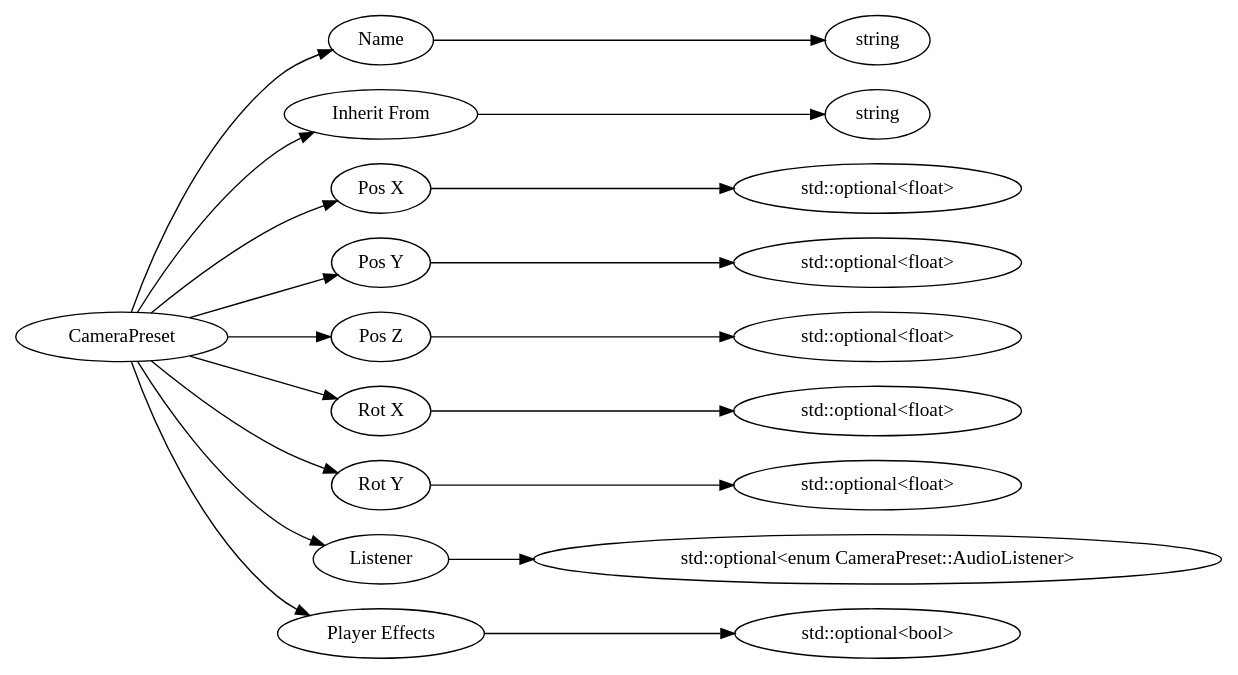
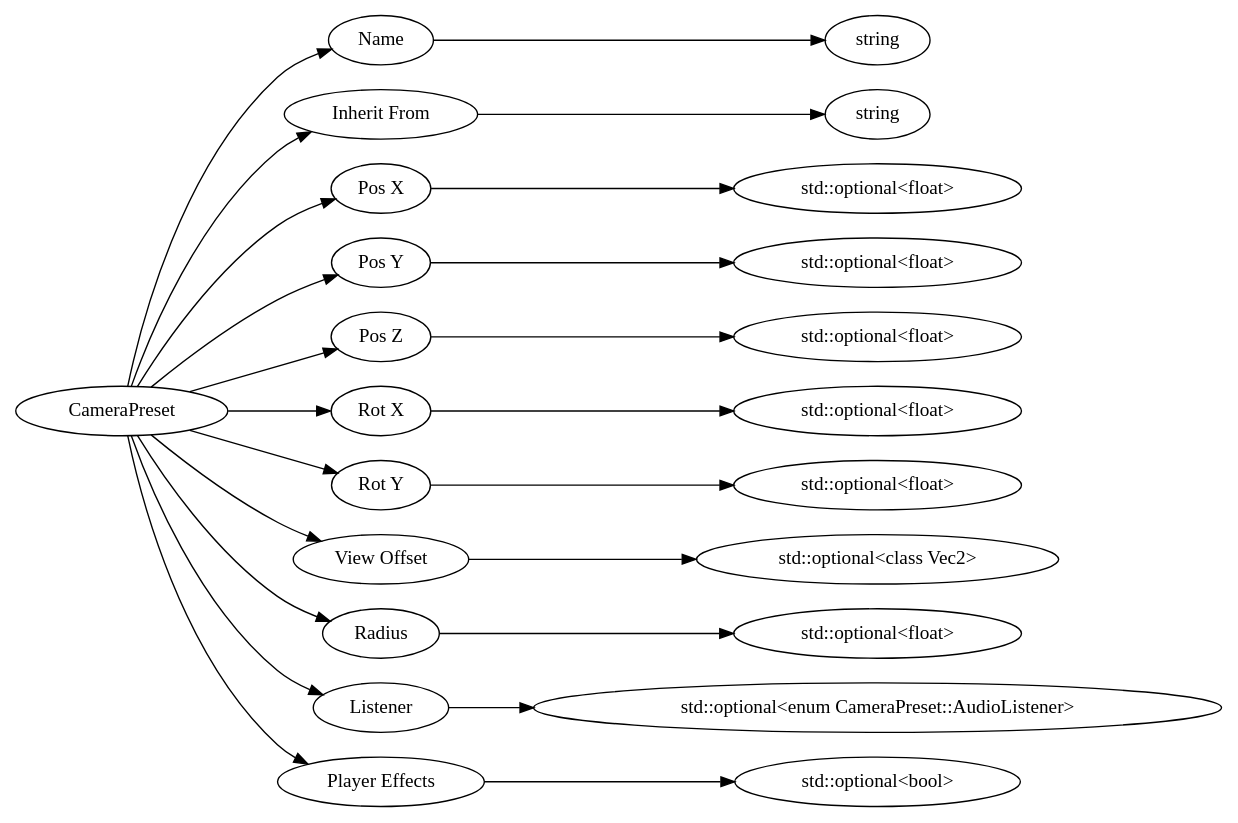
The diagram in dot/CameraPreset.dot (Mojang/bedrock-protocol-docs), drawn with Graphviz before and after one commit. The commit also changed 358 other files, not shown here.

```diff
--- a/dot/CameraPreset.dot
+++ b/dot/CameraPreset.dot
@@ -1,44 +1,52 @@
 digraph "CameraPreset" {
 rankdir = LR
 8
 8 -> 9
 9 -> 10
 8 -> 11
 11 -> 12
 8 -> 13
 13 -> 17
 8 -> 18
 18 -> 19
 8 -> 20
 20 -> 21
 8 -> 22
 22 -> 23
 8 -> 24
 24 -> 25
 8 -> 26
 26 -> 30
 8 -> 31
-31 -> 35
+31 -> 32
+8 -> 33
+33 -> 37
+8 -> 38
+38 -> 42
 
 8 [label="CameraPreset",comment="name: \"CameraPreset\", typeName: \"\", id: 8, branchId: 0, recurseId: -1, attributes: 0, notes: \"\""];
 9 [label="Name",comment="name: \"Name\", typeName: \"\", id: 9, branchId: 0, recurseId: -1, attributes: 0, notes: \"\""];
 10 [label="string",comment="name: \"string\", typeName: \"\", id: 10, branchId: 0, recurseId: -1, attributes: 512, notes: \"\""];
 11 [label="Inherit From",comment="name: \"Inherit From\", typeName: \"\", id: 11, branchId: 0, recurseId: -1, attributes: 0, notes: \"\""];
 12 [label="string",comment="name: \"string\", typeName: \"\", id: 12, branchId: 0, recurseId: -1, attributes: 512, notes: \"\""];
 13 [label="Pos X",comment="name: \"Pos X\", typeName: \"std::optional<float>\", id: 13, branchId: 0, recurseId: -1, attributes: 256, notes: \"\""];
 17 [label="std::optional<float>",comment="name: \"std::optional<float>\", typeName: \"\", id: 17, branchId: 0, recurseId: -1, attributes: 512, notes: \"\""];
 18 [label="Pos Y",comment="name: \"Pos Y\", typeName: \"std::optional<float>\", id: 18, branchId: 0, recurseId: -1, attributes: 256, notes: \"\""];
 19 [label="std::optional<float>",comment="name: \"std::optional<float>\", typeName: \"\", id: 19, branchId: 0, recurseId: -1, attributes: 512, notes: \"\""];
 20 [label="Pos Z",comment="name: \"Pos Z\", typeName: \"std::optional<float>\", id: 20, branchId: 0, recurseId: -1, attributes: 256, notes: \"\""];
 21 [label="std::optional<float>",comment="name: \"std::optional<float>\", typeName: \"\", id: 21, branchId: 0, recurseId: -1, attributes: 512, notes: \"\""];
 22 [label="Rot X",comment="name: \"Rot X\", typeName: \"std::optional<float>\", id: 22, branchId: 0, recurseId: -1, attributes: 256, notes: \"\""];
 23 [label="std::optional<float>",comment="name: \"std::optional<float>\", typeName: \"\", id: 23, branchId: 0, recurseId: -1, attributes: 512, notes: \"\""];
 24 [label="Rot Y",comment="name: \"Rot Y\", typeName: \"std::optional<float>\", id: 24, branchId: 0, recurseId: -1, attributes: 256, notes: \"\""];
 25 [label="std::optional<float>",comment="name: \"std::optional<float>\", typeName: \"\", id: 25, branchId: 0, recurseId: -1, attributes: 512, notes: \"\""];
-26 [label="Listener",comment="name: \"Listener\", typeName: \"std::optional<enum CameraPreset::AudioListener>\", id: 26, branchId: 0, recurseId: -1, attributes: 256, notes: \"\""];
-30 [label="std::optional<enum CameraPreset::AudioListener>",comment="name: \"std::optional<enum CameraPreset::AudioListener>\", typeName: \"\", id: 30, branchId: 0, recurseId: -1, attributes: 512, notes: \"\""];
-31 [label="Player Effects",comment="name: \"Player Effects\", typeName: \"std::optional<bool>\", id: 31, branchId: 0, recurseId: -1, attributes: 256, notes: \"\""];
-35 [label="std::optional<bool>",comment="name: \"std::optional<bool>\", typeName: \"\", id: 35, branchId: 0, recurseId: -1, attributes: 512, notes: \"\""];
-{ rank = max;10;12;17;19;21;23;25;30;35}
+26 [label="View Offset",comment="name: \"View Offset\", typeName: \"std::optional<class Vec2>\", id: 26, branchId: 0, recurseId: -1, attributes: 256, notes: \"\""];
+30 [label="std::optional<class Vec2>",comment="name: \"std::optional<class Vec2>\", typeName: \"\", id: 30, branchId: 0, recurseId: -1, attributes: 512, notes: \"\""];
+31 [label="Radius",comment="name: \"Radius\", typeName: \"std::optional<float>\", id: 31, branchId: 0, recurseId: -1, attributes: 256, notes: \"\""];
+32 [label="std::optional<float>",comment="name: \"std::optional<float>\", typeName: \"\", id: 32, branchId: 0, recurseId: -1, attributes: 512, notes: \"\""];
+33 [label="Listener",comment="name: \"Listener\", typeName: \"std::optional<enum CameraPreset::AudioListener>\", id: 33, branchId: 0, recurseId: -1, attributes: 256, notes: \"\""];
+37 [label="std::optional<enum CameraPreset::AudioListener>",comment="name: \"std::optional<enum CameraPreset::AudioListener>\", typeName: \"\", id: 37, branchId: 0, recurseId: -1, attributes: 512, notes: \"\""];
+38 [label="Player Effects",comment="name: \"Player Effects\", typeName: \"std::optional<bool>\", id: 38, branchId: 0, recurseId: -1, attributes: 256, notes: \"\""];
+42 [label="std::optional<bool>",comment="name: \"std::optional<bool>\", typeName: \"\", id: 42, branchId: 0, recurseId: -1, attributes: 512, notes: \"\""];
+{ rank = max;10;12;17;19;21;23;25;30;32;37;42}
 
 }
```
